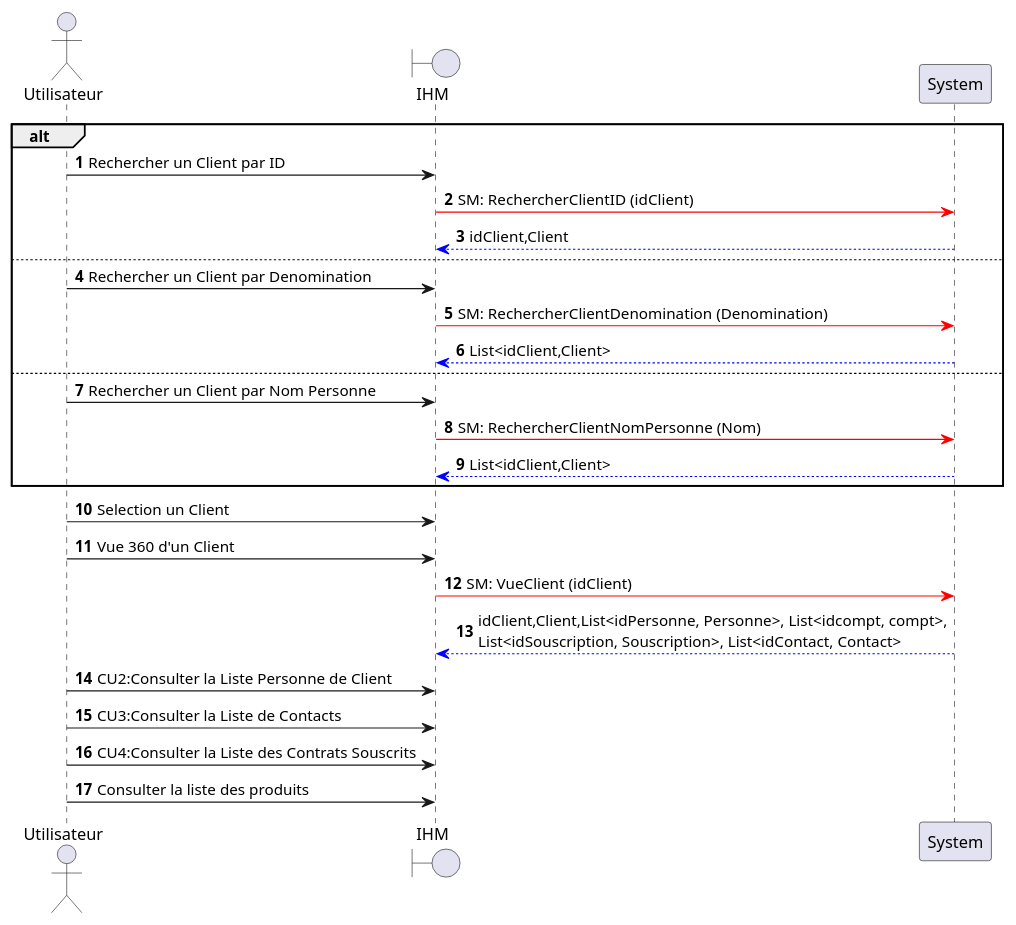
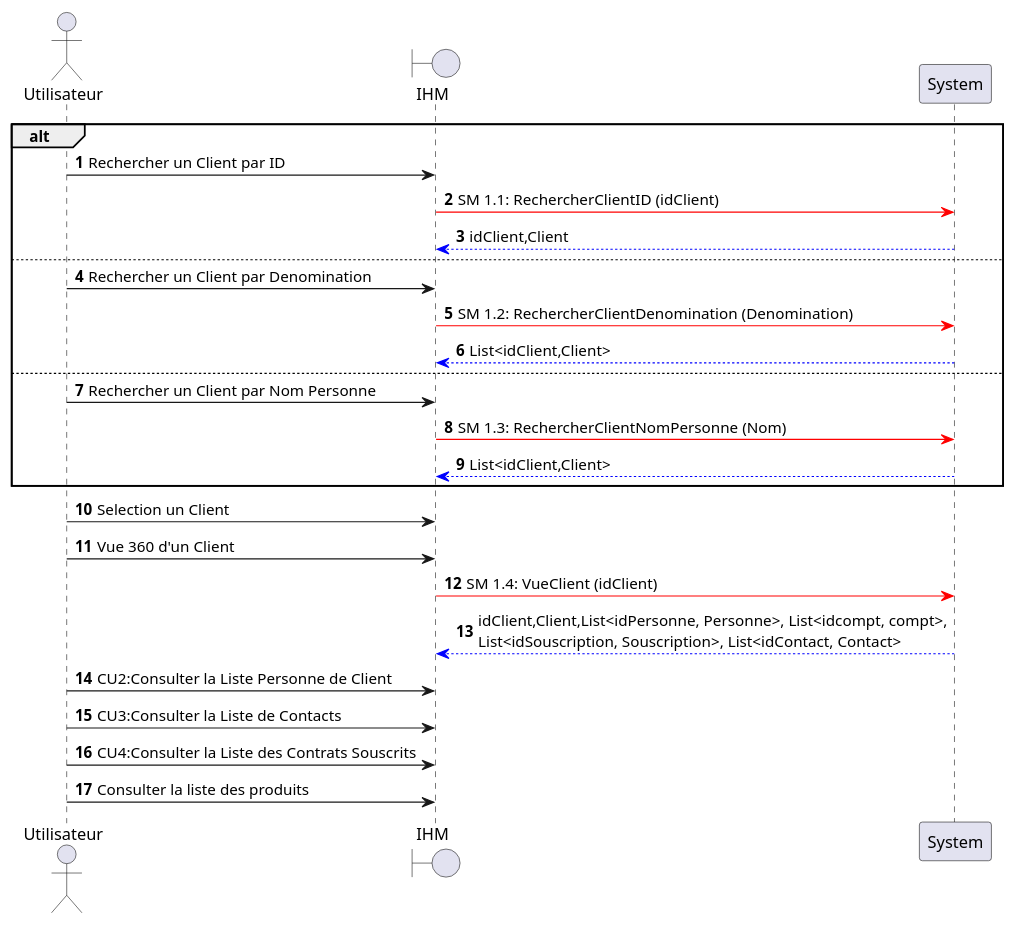
Before and after one commit to HZjiadong/PLD-MARS: the diagram in src/documentation/CU1-DSS.puml, drawn with PlantUML. The commit also changed 1 other file, not shown here.

```diff
--- a/src/documentation/CU1-DSS.puml
+++ b/src/documentation/CU1-DSS.puml
@@ -1,31 +1,31 @@
 @startuml
 actor Utilisateur as U
 boundary IHM as I
 participant System as S
 
 autonumber
 
 alt
     U->I: Rechercher un Client par ID
-    I-[#red]>S: SM: RechercherClientID (idClient)
+    I-[#red]>S: SM 1.1: RechercherClientID (idClient)
     S-[#0000FF]->I: idClient,Client
     else
     U->I: Rechercher un Client par Denomination
-    I-[#red]>S: SM: RechercherClientDenomination (Denomination)
+    I-[#red]>S: SM 1.2: RechercherClientDenomination (Denomination)
     S-[#0000FF]->I: List<idClient,Client>
     else
     U->I: Rechercher un Client par Nom Personne
-    I-[#red]>S: SM: RechercherClientNomPersonne (Nom)
+    I-[#red]>S: SM 1.3: RechercherClientNomPersonne (Nom)
     S-[#0000FF]->I: List<idClient,Client>
 end
 
 U->I: Selection un Client
 U->I: Vue 360 d'un Client
-I-[#red]>S: SM: VueClient (idClient)
+I-[#red]>S: SM 1.4: VueClient (idClient)
 S-[#0000FF]->I: idClient,Client,List<idPersonne, Personne>, List<idcompt, compt>,\nList<idSouscription, Souscription>, List<idContact, Contact>
 U->I: CU2:Consulter la Liste Personne de Client
 U->I: CU3:Consulter la Liste de Contacts
 U->I: CU4:Consulter la Liste des Contrats Souscrits
 U->I: Consulter la liste des produits
 
 @enduml
```
